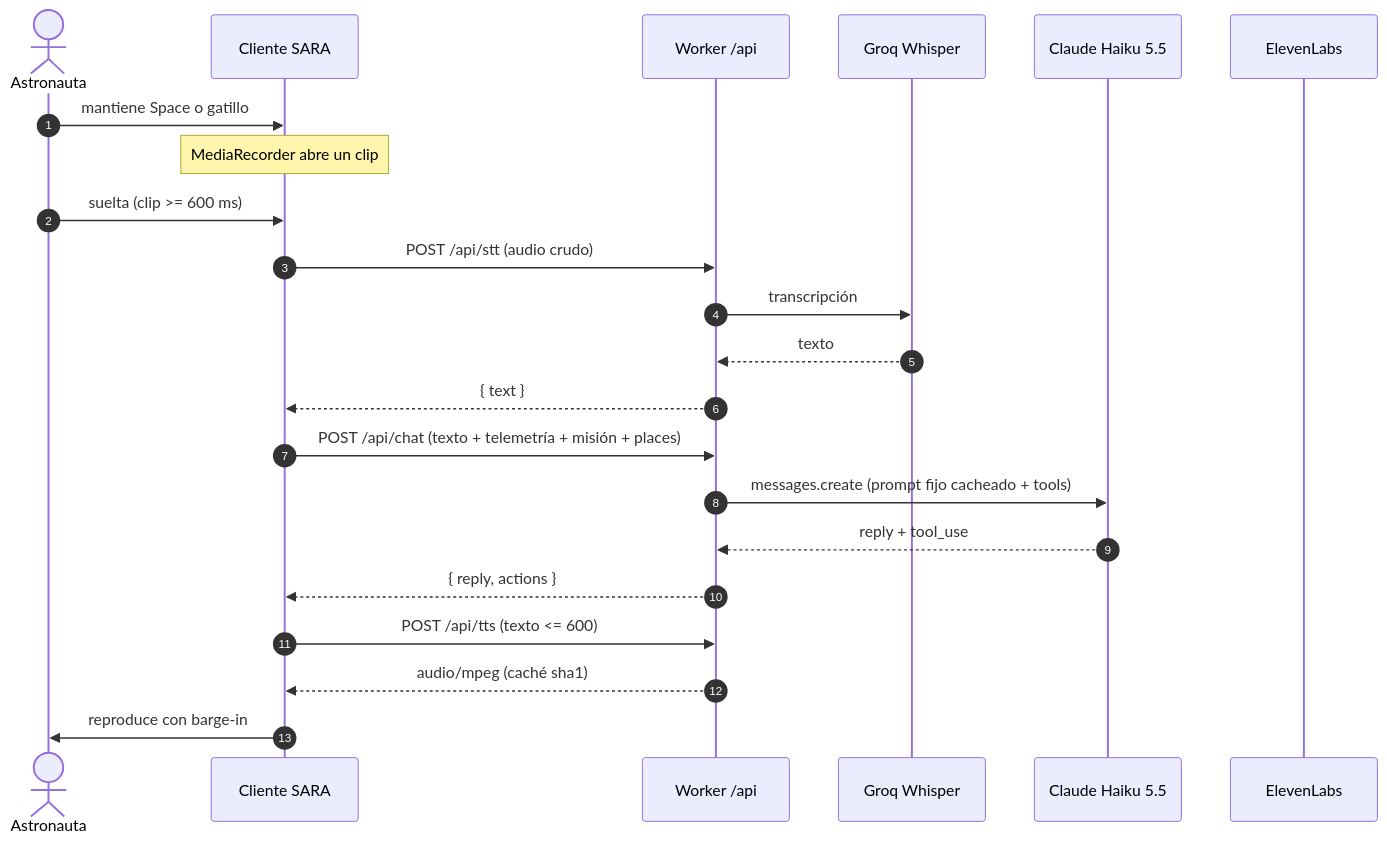
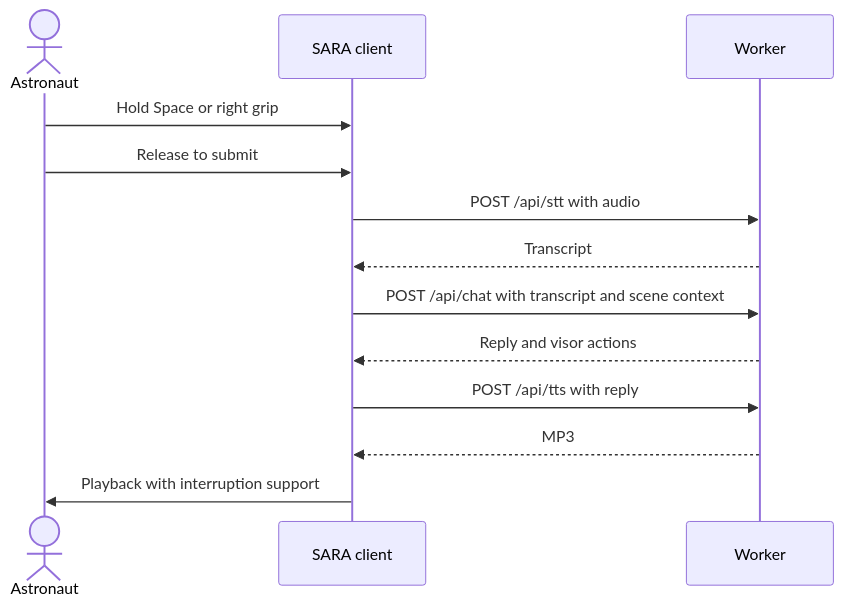
One commit to losmingos/nasa-spaceapps changed the second of 2 diagrams in DOCUMENTATION.md. Above: the diagram before and after it, drawn with Mermaid. The commit also changed other lines of this file and 4 other files, not shown here.

````diff
--- a/DOCUMENTATION.md
+++ b/DOCUMENTATION.md
@@ -349,25 +150,15 @@
 ```mermaid
 sequenceDiagram
-  autonumber
-  actor A as Astronauta
-  participant C as Cliente SARA
-  participant W as Worker /api
-  participant G as Groq Whisper
-  participant L as Claude Haiku 5.5
-  participant E as ElevenLabs
-
-  A->>C: mantiene Space o gatillo
-  Note over C: MediaRecorder abre un clip
-  A->>C: suelta (clip >= 600 ms)
-  C->>W: POST /api/stt (audio crudo)
-  W->>G: transcripción
-  G-->>W: texto
-  W-->>C: { text }
-  C->>W: POST /api/chat (texto + telemetría + misión + places)
-  W->>L: messages.create (prompt fijo cacheado + tools)
-  L-->>W: reply + tool_use
-  W-->>C: { reply, actions }
-  C->>W: POST /api/tts (texto <= 600)
-  W-->>C: audio/mpeg (caché sha1)
-  C->>A: reproduce con barge-in
+  actor A as Astronaut
+  participant C as SARA client
+  participant W as Worker
+  A->>C: Hold Space or right grip
+  A->>C: Release to submit
+  C->>W: POST /api/stt with audio
+  W-->>C: Transcript
+  C->>W: POST /api/chat with transcript and scene context
+  W-->>C: Reply and visor actions
+  C->>W: POST /api/tts with reply
+  W-->>C: MP3
+  C->>A: Playback with interruption support
 ```
````
